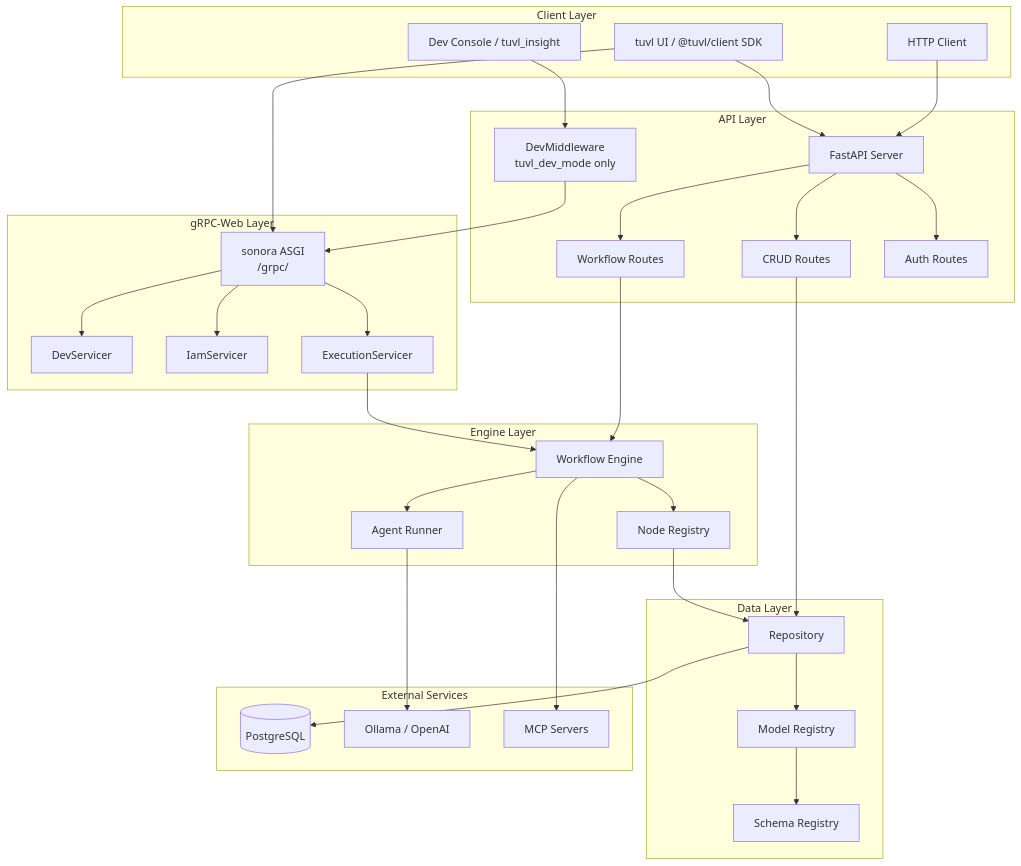
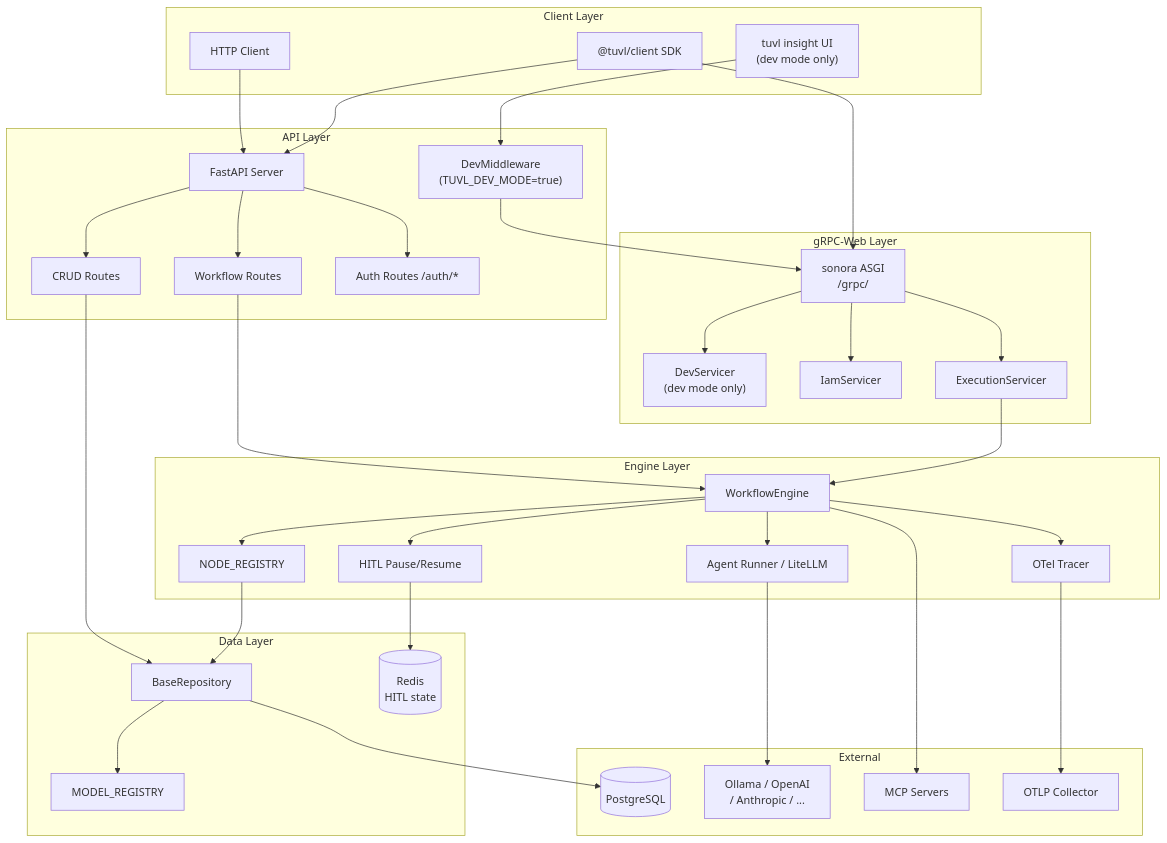
One commit to tuvl-io/docs changed the first of 2 diagrams in docs/concepts/architecture.md. Above: the diagram before and after it, drawn with Mermaid. The commit also changed other lines of this file and 15 other files, not shown here.

````diff
--- a/docs/concepts/architecture.md
+++ b/docs/concepts/architecture.md
@@ -16,64 +16,70 @@
 ```mermaid
 graph TB
     subgraph "Client Layer"
         A[HTTP Client]
-        B[tuvl UI / @tuvl/client SDK]
-        DevUI[Dev Console / tuvl_insight]
+        B["@tuvl/client SDK"]
+        DevUI["tuvl insight UI\n(dev mode only)"]
     end
 
     subgraph "API Layer"
         C[FastAPI Server]
         D[Workflow Routes]
         E[CRUD Routes]
-        F_AUTH[Auth Routes]
-        DevMW[DevMiddleware\ntuvl_dev_mode only]
+        F_AUTH[Auth Routes /auth/*]
+        DevMW["DevMiddleware\n(TUVL_DEV_MODE=true)"]
     end
 
     subgraph "gRPC-Web Layer"
-        G_GRPC[sonora ASGI\n/grpc/]
-        DevSvc[DevServicer]
+        G_GRPC["sonora ASGI\n/grpc/"]
+        DevSvc["DevServicer\n(dev mode only)"]
         IamSvc[IamServicer]
         ExecSvc[ExecutionServicer]
     end
 
     subgraph "Engine Layer"
-        F[Workflow Engine]
-        G[Node Registry]
-        H[Agent Runner]
+        F[WorkflowEngine]
+        G[NODE_REGISTRY]
+        H[Agent Runner / LiteLLM]
+        HITL[HITL Pause/Resume]
+        OTel[OTel Tracer]
     end
 
     subgraph "Data Layer"
-        I[Repository]
-        J[Model Registry]
-        K[Schema Registry]
+        I[BaseRepository]
+        J[MODEL_REGISTRY]
+        Redis[(Redis\nHITL state)]
     end
 
-    subgraph "External Services"
+    subgraph "External"
         L[(PostgreSQL)]
-        M[Ollama / OpenAI]
+        M["Ollama / OpenAI\n/ Anthropic / ..."]
         N[MCP Servers]
+        Collector[OTLP Collector]
     end
 
     A --> C
     B --> C
     B --> G_GRPC
     DevUI --> DevMW
     DevMW --> G_GRPC
     C --> D
     C --> E
     C --> F_AUTH
     G_GRPC --> DevSvc
     G_GRPC --> IamSvc
     G_GRPC --> ExecSvc
     D --> F
     ExecSvc --> F
     E --> I
     F --> G
     F --> H
+    F --> HITL
+    F --> OTel
     G --> I
     H --> M
     F --> N
+    HITL --> Redis
     I --> J
-    J --> K
     I --> L
+    OTel --> Collector
 ```
````
